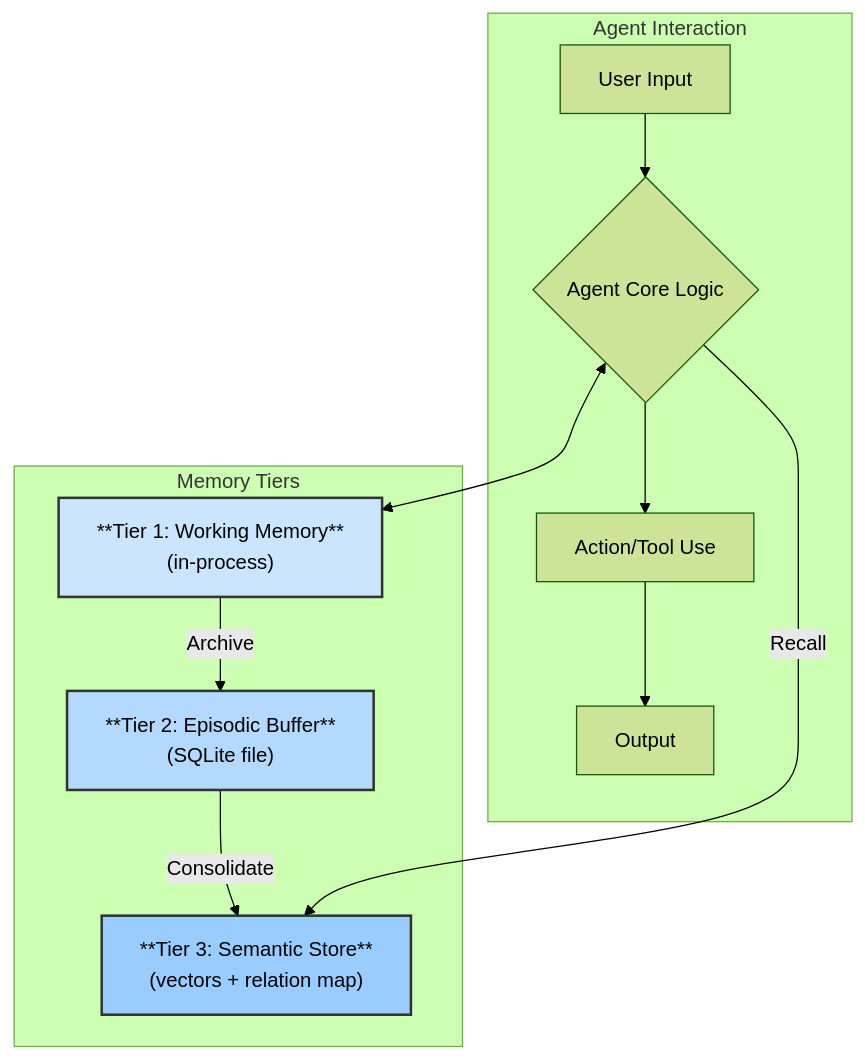
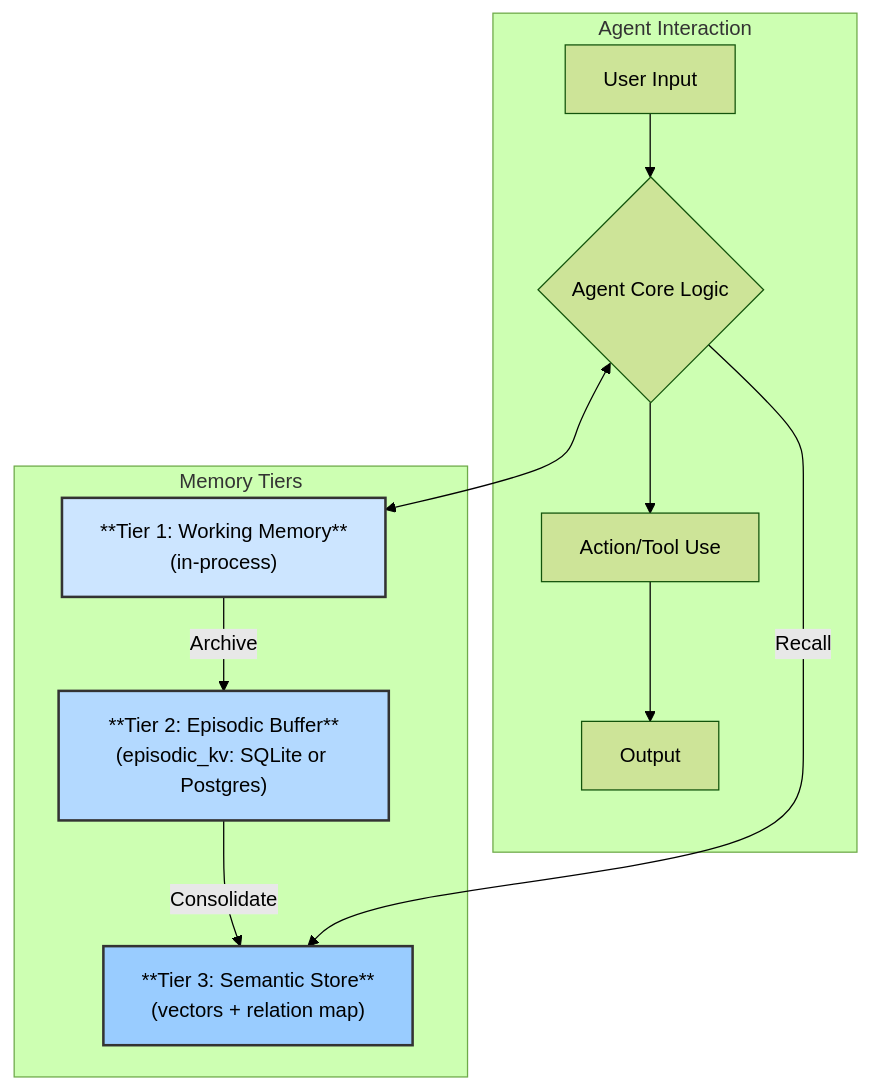
The diagram in kowalski-core/MEMORY_ARCHITECTURE.md (yarenty/kowalski), drawn with Mermaid (forest theme) before and after one commit. The commit also changed other lines of this file and 3 other files, not shown here.

````diff
--- a/kowalski-core/MEMORY_ARCHITECTURE.md
+++ b/kowalski-core/MEMORY_ARCHITECTURE.md
@@ -11,23 +11,23 @@
 ```mermaid
 graph TD
     subgraph Agent Interaction
         A[User Input] --> B{Agent Core Logic};
         B --> C[Action/Tool Use];
         C --> D[Output];
     end
 
     subgraph Memory Tiers
         T1["**Tier 1: Working Memory**<br>(in-process)"]
-        T2["**Tier 2: Episodic Buffer**<br>(SQLite file)"]
+        T2["**Tier 2: Episodic Buffer**<br>(episodic_kv: SQLite or Postgres)"]
         T3["**Tier 3: Semantic Store**<br>(vectors + relation map)"]
     end
 
     B <--> T1;
     T1 -- Archive --> T2;
     T2 -- Consolidate --> T3;
     B -- Recall --> T3;
 
     style T1 fill:#cce5ff,stroke:#333,stroke-width:2px
     style T2 fill:#b3d9ff,stroke:#333,stroke-width:2px
     style T3 fill:#99ccff,stroke:#333,stroke-width:2px
 ```
````
